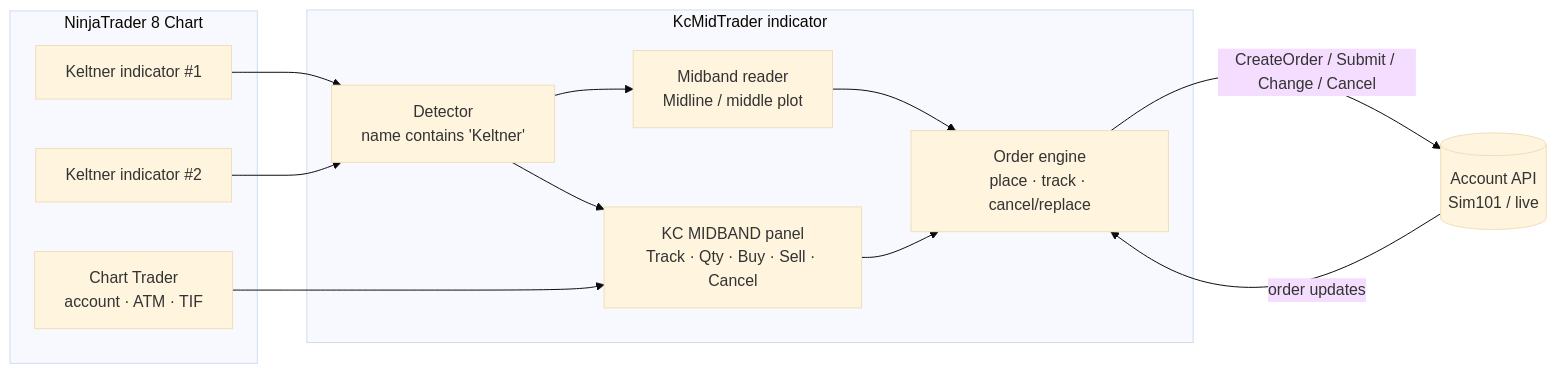
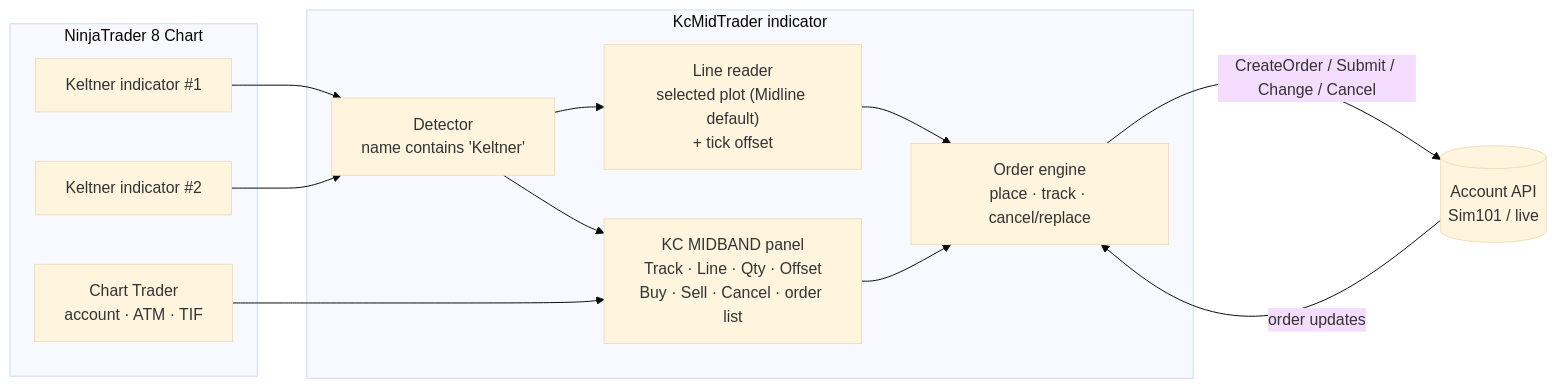
One commit to issaiass/KC-MidTrader-NinjaTrader changed the diagram in README.md. Above: the diagram before and after it, drawn with Mermaid (base theme). The commit also changed other lines of this file and 13 other files, not shown here.

````diff
--- a/README.md
+++ b/README.md
@@ -65,24 +67,24 @@
 ```mermaid
 flowchart LR
     subgraph CHART["NinjaTrader 8 Chart"]
         KC1["Keltner indicator #1"]
         KC2["Keltner indicator #2"]
         CT["Chart Trader<br/>account · ATM · TIF"]
     end
     subgraph KCM["KcMidTrader indicator"]
         DET["Detector<br/>name contains 'Keltner'"]
-        MID["Midband reader<br/>Midline / middle plot"]
-        UI["KC MIDBAND panel<br/>Track · Qty · Buy · Sell · Cancel"]
+        MID["Line reader<br/>selected plot (Midline default)<br/>+ tick offset"]
+        UI["KC MIDBAND panel<br/>Track · Line · Qty · Offset<br/>Buy · Sell · Cancel · order list"]
         ENG["Order engine<br/>place · track · cancel/replace"]
     end
     ACC[("Account API<br/>Sim101 / live")]
     KC1 --> DET
     KC2 --> DET
     DET --> UI
     DET --> MID
     MID --> ENG
     CT --> UI
     UI --> ENG
     ENG -- "CreateOrder / Submit / Change / Cancel" --> ACC
     ACC -- "order updates" --> ENG
 ```
````
